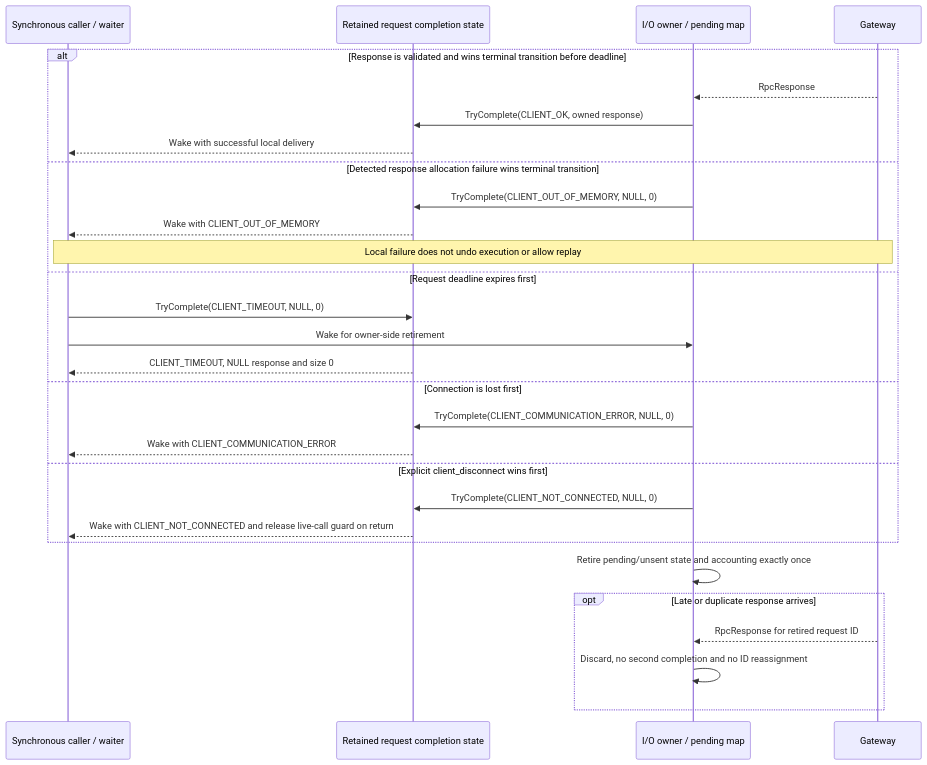
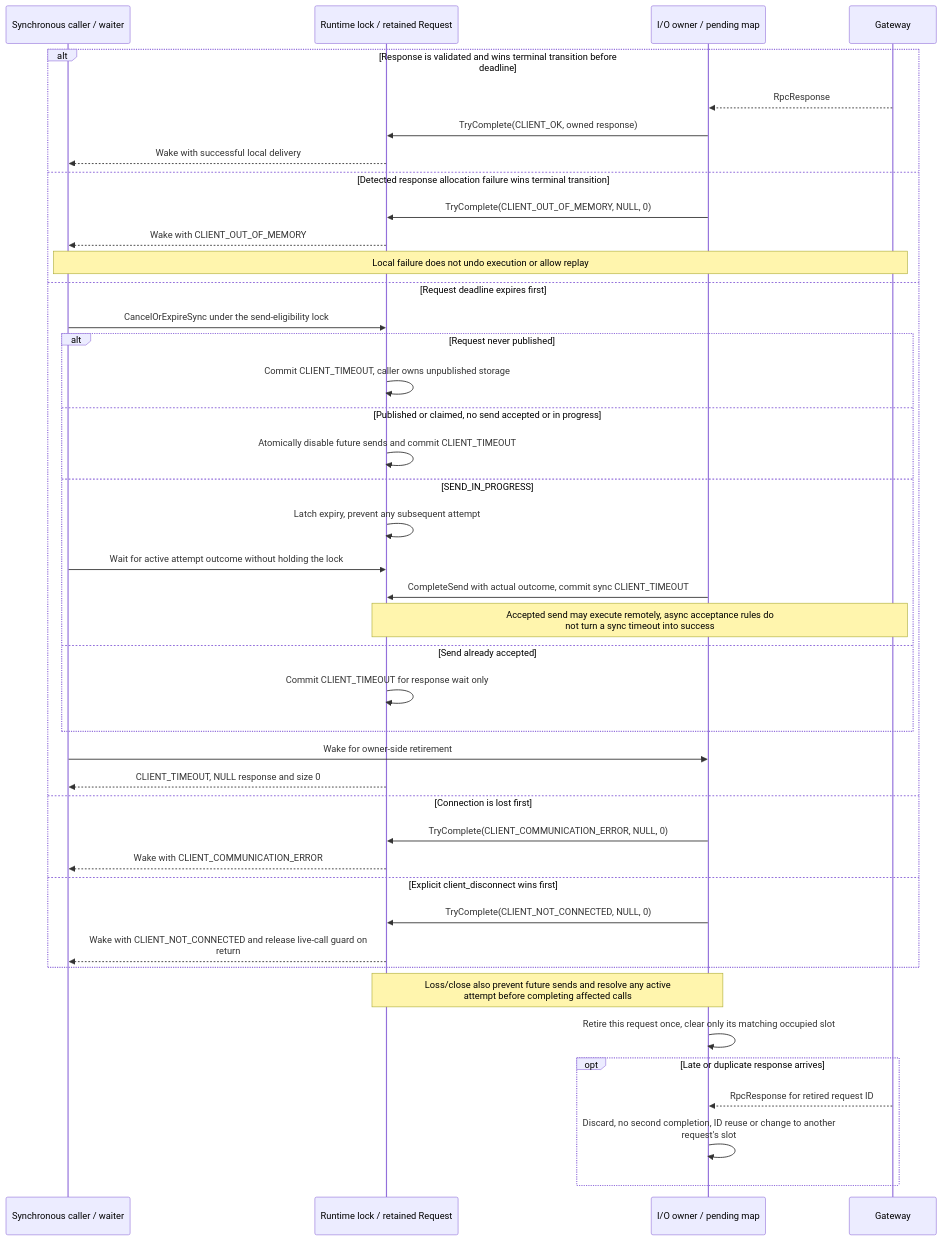
The eighth of 38 diagrams in doc/EyilSecureGateway.md (rdkcentral/eyil-secure-gateway), drawn with Mermaid before and after one commit. The commit also changed other lines of this file, not shown here.

Commit message:
RDKEMW-27976: Remove Client's queue

````diff
--- a/doc/EyilSecureGateway.md
+++ b/doc/EyilSecureGateway.md
@@ -1613,31 +1877,44 @@
 ```mermaid
 sequenceDiagram
     participant A as Synchronous caller / waiter
-    participant R as Retained request completion state
+    participant R as Runtime lock / retained Request
     participant IO as I/O owner / pending map
     participant G as Gateway
-    alt Response is validated and wins terminal transition before deadline
+    alt Response is validated and wins terminal transition before<br/>deadline
         G-->>IO: RpcResponse
         IO->>R: TryComplete(CLIENT_OK, owned response)
         R-->>A: Wake with successful local delivery
     else Detected response allocation failure wins terminal transition
         IO->>R: TryComplete(CLIENT_OUT_OF_MEMORY, NULL, 0)
         R-->>A: Wake with CLIENT_OUT_OF_MEMORY
         Note over A,G: Local failure does not undo execution or allow replay
     else Request deadline expires first
-        A->>R: TryComplete(CLIENT_TIMEOUT, NULL, 0)
+        A->>R: CancelOrExpireSync under the send-eligibility lock
+        alt Request never published
+            R->>R: Commit CLIENT_TIMEOUT, caller owns unpublished storage
+        else Published or claimed, no send accepted or in progress
+            R->>R: Atomically disable future sends and commit CLIENT_TIMEOUT
+        else SEND_IN_PROGRESS
+            R->>R: Latch expiry, prevent any subsequent attempt
+            A->>R: Wait for active attempt outcome without holding the lock
+            IO->>R: CompleteSend with actual outcome, commit sync CLIENT_TIMEOUT
+            Note over R,G: Accepted send may execute remotely, async acceptance rules do<br/>not turn a sync timeout into success
+        else Send already accepted
+            R->>R: Commit CLIENT_TIMEOUT for response wait only
+        end
         A->>IO: Wake for owner-side retirement
         R-->>A: CLIENT_TIMEOUT, NULL response and size 0
     else Connection is lost first
         IO->>R: TryComplete(CLIENT_COMMUNICATION_ERROR, NULL, 0)
         R-->>A: Wake with CLIENT_COMMUNICATION_ERROR
     else Explicit client_disconnect wins first
         IO->>R: TryComplete(CLIENT_NOT_CONNECTED, NULL, 0)
-        R-->>A: Wake with CLIENT_NOT_CONNECTED and release live-call guard on return
+        R-->>A: Wake with CLIENT_NOT_CONNECTED and release live-call guard on<br/>return
     end
-    IO->>IO: Retire pending/unsent state and accounting exactly once
+    Note over R,IO: Loss/close also prevent future sends and resolve any active<br/>attempt before completing affected calls
+    IO->>IO: Retire this request once, clear only its matching occupied slot
     opt Late or duplicate response arrives
         G-->>IO: RpcResponse for retired request ID
-        IO->>IO: Discard, no second completion and no ID reassignment
+        IO->>IO: Discard, no second completion, ID reuse or change to another<br/>request's slot
     end
 ```
````
